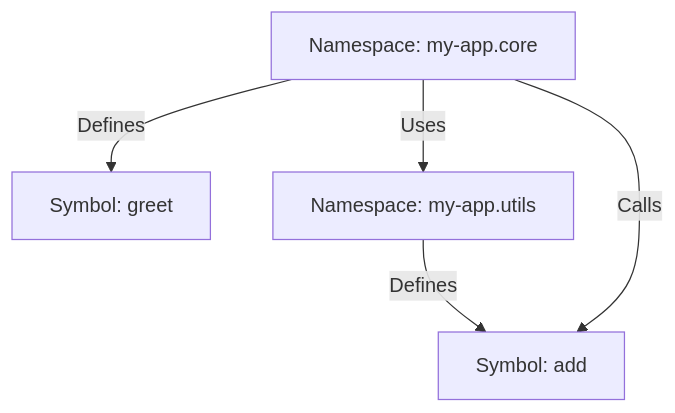
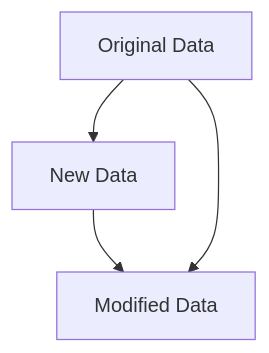
The second of 2 diagrams in content/1/5/1/2/index.md (MasteryEducation/ClojureForJava.com), drawn with Mermaid before and after one commit. The commit also changed other lines of this file and 915 other files, not shown here.

````diff
--- a/content/1/5/1/2/index.md
+++ b/content/1/5/1/2/index.md
@@ -177,7 +203,6 @@
 ```mermaid
 graph TD;
-    A[Namespace: my-app.core] -->|Defines| B[Symbol: greet]
-    A -->|Uses| C[Namespace: my-app.utils]
-    C -->|Defines| D[Symbol: add]
-    A -->|Calls| D
+    A[Original Data] --> B[New Data];
+    B --> C[Modified Data];
+    A --> C;
 ```
````
